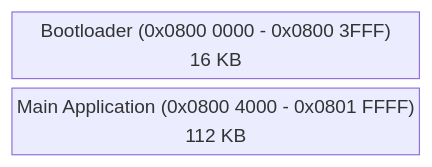
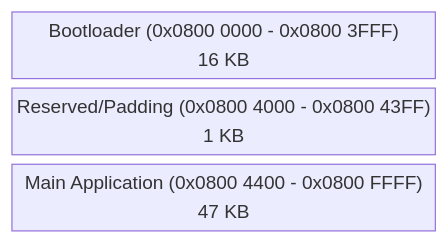
The diagram in README.md (thien2411-vn/STM32F1_BootLoader_UART), drawn with Mermaid before and after one commit. The commit also changed other lines of this file, not shown here.

````diff
--- a/README.md
+++ b/README.md
@@ -19,6 +19,7 @@
 ```mermaid
 block-beta
   columns 1
   Bootloader["Bootloader (0x0800 0000 - 0x0800 3FFF)\n16 KB"]
-  Application["Main Application (0x0800 4000 - 0x0801 FFFF)\n112 KB"]
+  Padding["Reserved/Padding (0x0800 4000 - 0x0800 43FF)\n1 KB"]
+  Application["Main Application (0x0800 4400 - 0x0800 FFFF)\n47 KB"]
 ```
````
